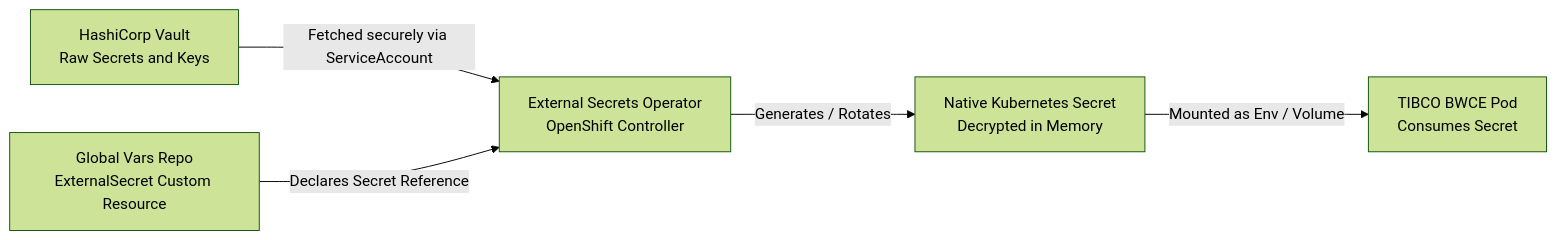
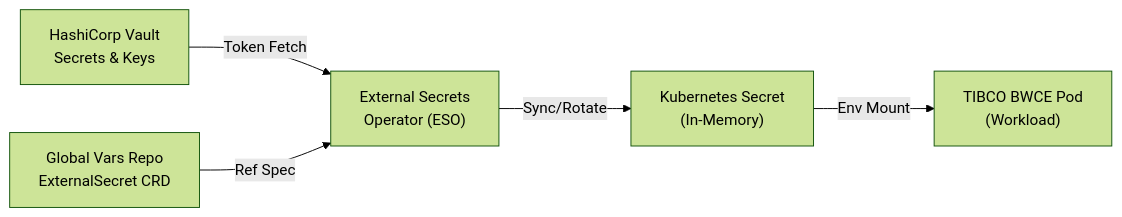
One commit to nubenetes/jenkins-git-parameter-bwce changed the ninth of 10 diagrams in README.md. Above: the diagram before and after it, drawn with Mermaid (forest theme). The commit also changed other lines of this file, not shown here.

Commit message:
fix(docs): format all diagram nodes with compact line lengths to prevent browser text clipping

````diff
--- a/README.md
+++ b/README.md
@@ -476,13 +476,13 @@
 ```mermaid
 flowchart LR
-    Vault["HashiCorp Vault<br/>Raw Secrets and Keys"]
-    GlobalVars["Global Vars Repo<br/>ExternalSecret Custom Resource"]
-    ESO["External Secrets Operator<br/>OpenShift Controller"]
-    K8sSecret["Native Kubernetes Secret<br/>Decrypted in Memory"]
-    BWCEPod["TIBCO BWCE Pod<br/>Consumes Secret"]
+    Vault["HashiCorp Vault<br/>Secrets & Keys"]
+    GlobalVars["Global Vars Repo<br/>ExternalSecret CRD"]
+    ESO["External Secrets<br/>Operator (ESO)"]
+    K8sSecret["Kubernetes Secret<br/>(In-Memory)"]
+    BWCEPod["TIBCO BWCE Pod<br/>(Workload)"]
 
-    Vault -->|Fetched securely via ServiceAccount| ESO
-    GlobalVars -->|Declares Secret Reference| ESO
-    ESO -->|Generates / Rotates| K8sSecret
-    K8sSecret -->|Mounted as Env / Volume| BWCEPod
+    Vault -->|"Token Fetch"| ESO
+    GlobalVars -->|"Ref Spec"| ESO
+    ESO -->|"Sync/Rotate"| K8sSecret
+    K8sSecret -->|"Env Mount"| BWCEPod
 ```
````
